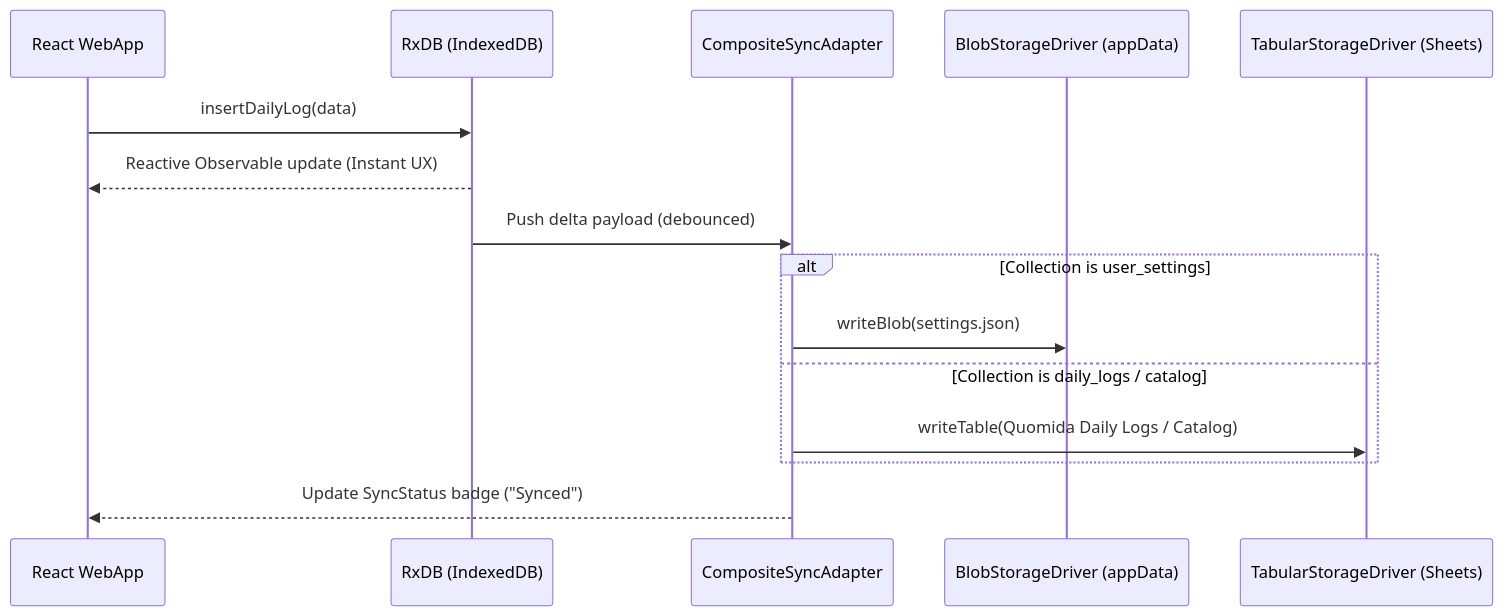
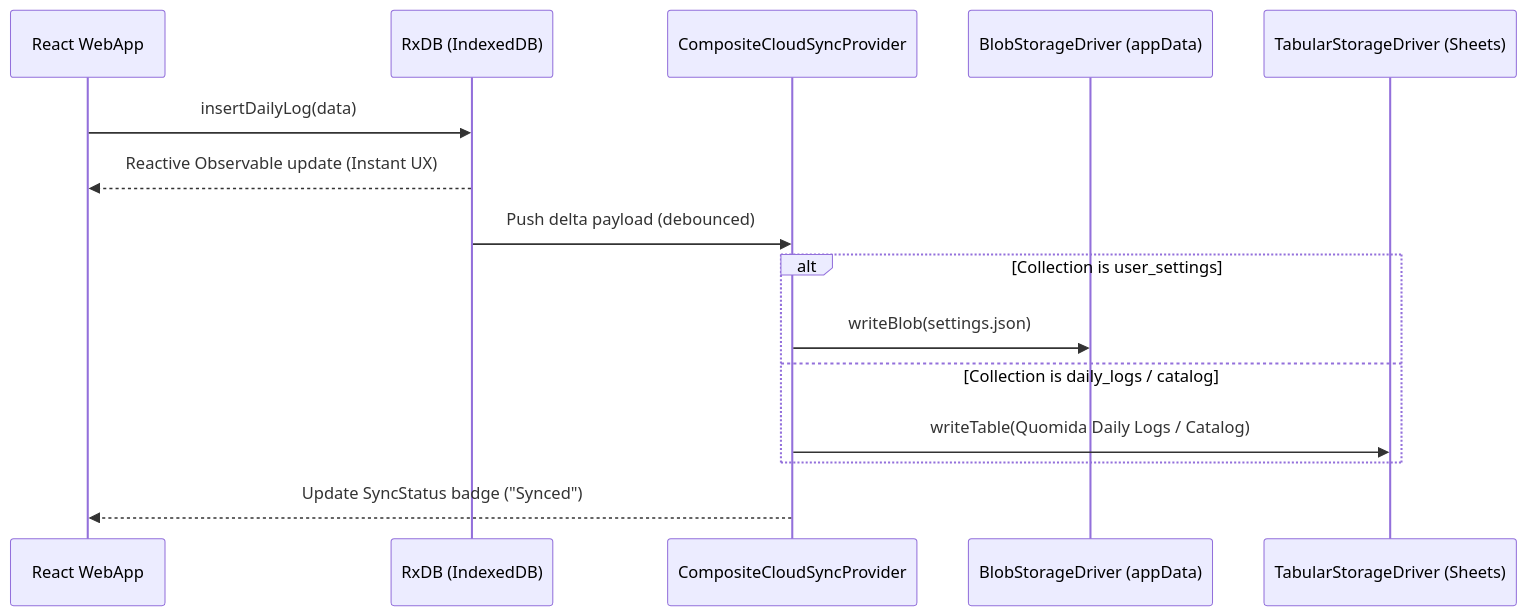
The third of 3 diagrams in docs/ARCHITECTURE.md (qozara/quomida), drawn with Mermaid before and after one commit. The commit also changed other lines of this file and 72 other files, not shown here.

Commit message:
refactor: rename sync adapters to cloud providers and revert db schema to v0

````diff
--- a/docs/ARCHITECTURE.md
+++ b/docs/ARCHITECTURE.md
@@ -126,18 +126,18 @@
 ```mermaid
 sequenceDiagram
     participant UI as React WebApp
     participant DB as RxDB (IndexedDB)
-    participant Sync as CompositeSyncAdapter
+    participant Sync as CompositeCloudSyncProvider
     participant Blob as BlobStorageDriver (appData)
     participant Tabular as TabularStorageDriver (Sheets)
 
     UI->>DB: insertDailyLog(data)
     DB-->>UI: Reactive Observable update (Instant UX)
     DB->>Sync: Push delta payload (debounced)
     alt Collection is user_settings
         Sync->>Blob: writeBlob(settings.json)
     else Collection is daily_logs / catalog
         Sync->>Tabular: writeTable(Quomida Daily Logs / Catalog)
     end
     Sync-->>UI: Update SyncStatus badge ("Synced")
 ```
````
